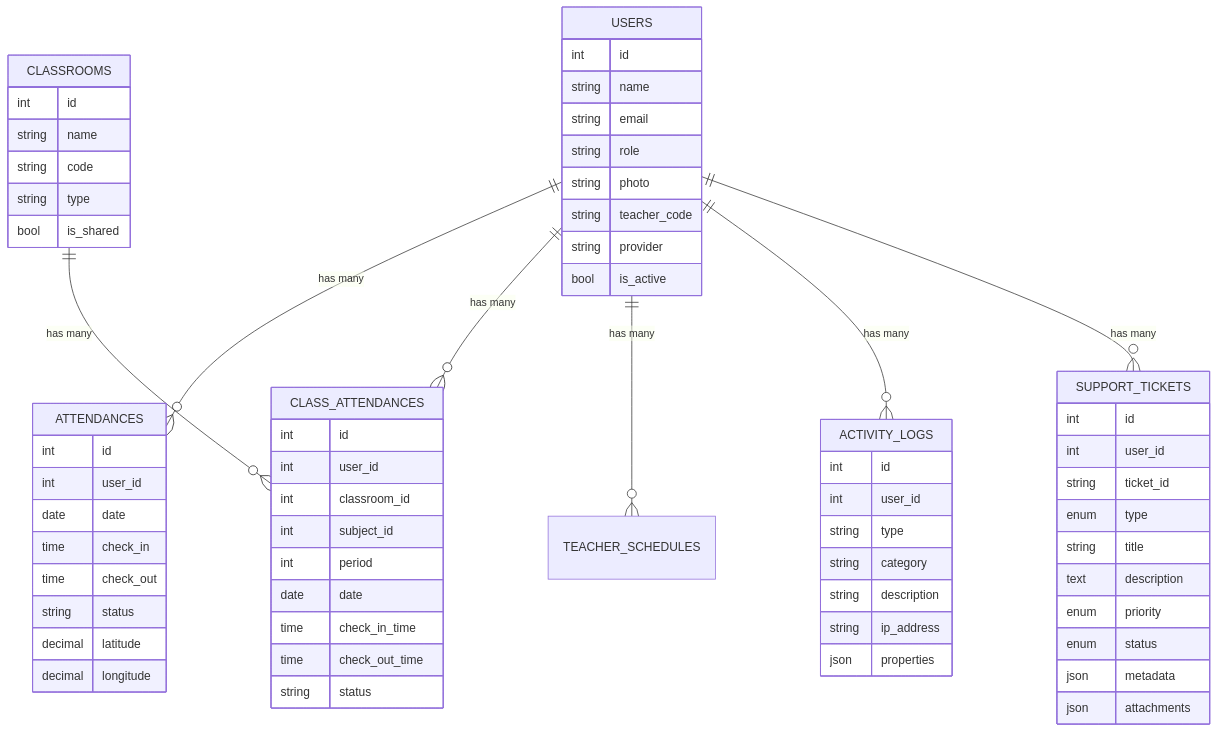
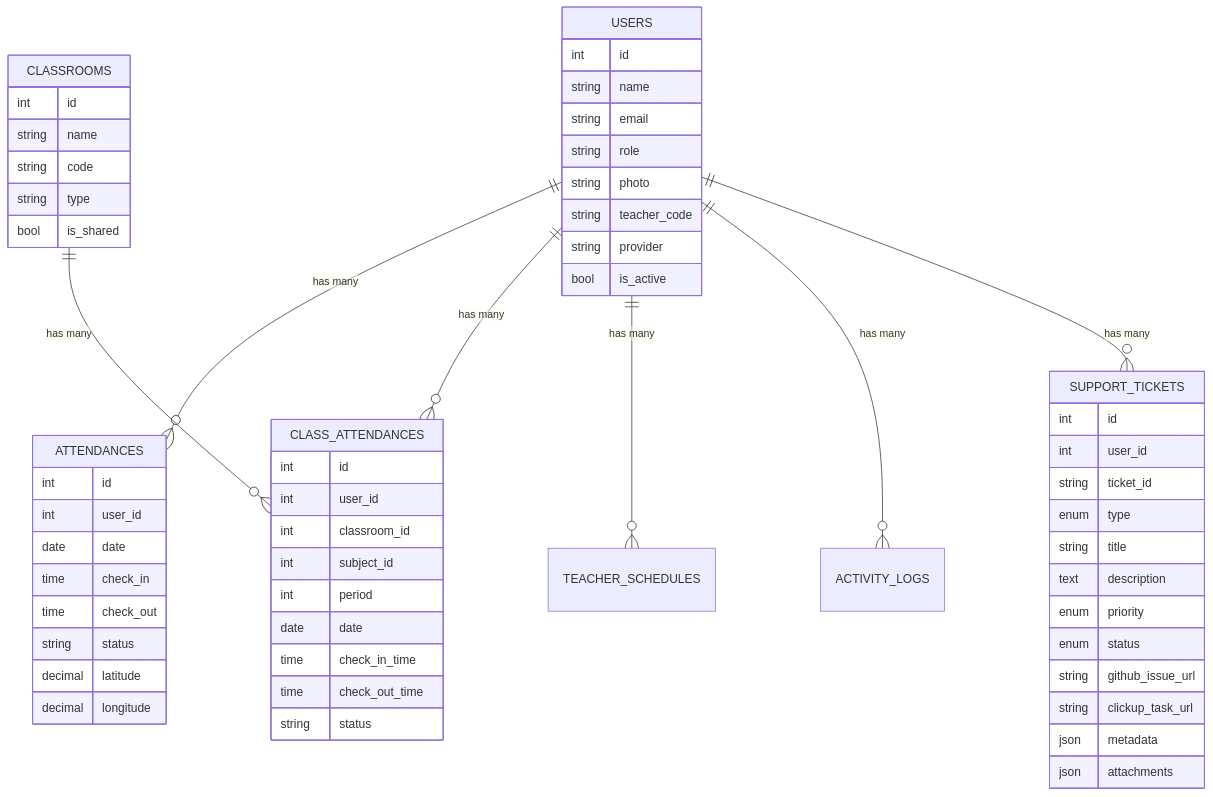
The first of 3 diagrams in README.md (vexalyn-dev/presensi-guru-icbct), drawn with Mermaid before and after one commit. The commit also changed other lines of this file, not shown here.

Commit message:
docs: update README v2.3.0 - hapus Vexalyn Center, tambah badge views+stars, fitur APK+ClickUp, support ticket flow diagram

````diff
--- a/README.md
+++ b/README.md
@@ -145,68 +149,61 @@
 ```mermaid
 erDiagram
     USERS ||--o{ ATTENDANCES : "has many"
     USERS ||--o{ CLASS_ATTENDANCES : "has many"
     USERS ||--o{ TEACHER_SCHEDULES : "has many"
     USERS ||--o{ ACTIVITY_LOGS : "has many"
     USERS ||--o{ SUPPORT_TICKETS : "has many"
     USERS {
         int id
         string name
         string email
         string role
         string photo
         string teacher_code
         string provider
         bool is_active
     }
     ATTENDANCES {
         int id
         int user_id
         date date
         time check_in
         time check_out
         string status
         decimal latitude
         decimal longitude
     }
     CLASS_ATTENDANCES {
         int id
         int user_id
         int classroom_id
         int subject_id
         int period
         date date
         time check_in_time
         time check_out_time
         string status
     }
-    ACTIVITY_LOGS {
-        int id
-        int user_id
-        string type
-        string category
-        string description
-        string ip_address
-        json properties
-    }
     SUPPORT_TICKETS {
         int id
         int user_id
         string ticket_id
         enum type
         string title
         text description
         enum priority
         enum status
+        string github_issue_url
+        string clickup_task_url
         json metadata
         json attachments
     }
     CLASSROOMS ||--o{ CLASS_ATTENDANCES : "has many"
     CLASSROOMS {
         int id
         string name
         string code
         string type
         bool is_shared
     }
 ```
````
